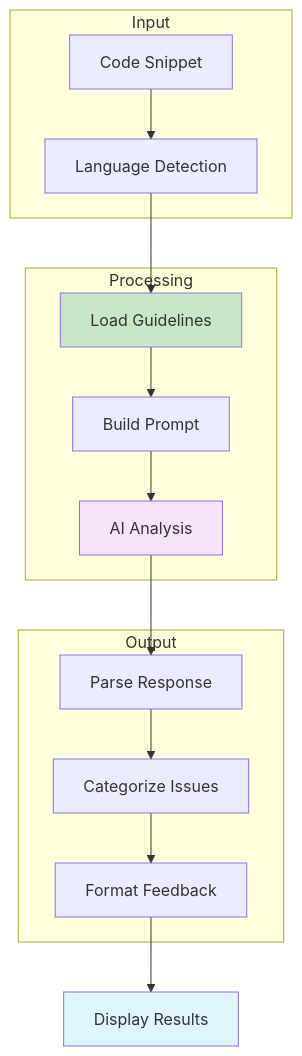
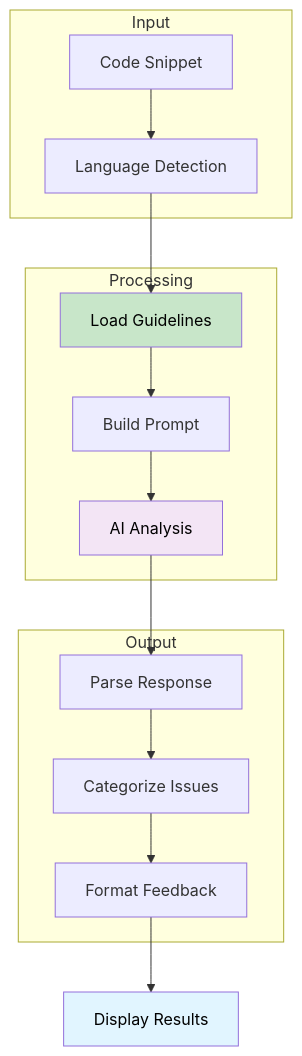
Before and after one commit to yash-ganatra/legacy-banking-dev-assistant: diagram 13 of 13 in README.md, drawn with Mermaid. The commit also changed other lines of this file, not shown here.

````diff
--- a/README.md
+++ b/README.md
@@ -622,24 +691,24 @@
 ```mermaid
 graph TB
     subgraph "Input"
         Code[Code Snippet] --> Lang[Language Detection]
     end
     
     subgraph "Processing"
         Lang --> Guide[Load Guidelines]
         Guide --> Prompt[Build Prompt]
         Prompt --> AI[AI Analysis]
     end
     
     subgraph "Output"
         AI --> Parse[Parse Response]
         Parse --> Cat[Categorize Issues]
         Cat --> Format[Format Feedback]
     end
     
     Format --> Display[Display Results]
     
-    style AI fill:#f3e5f5
-    style Guide fill:#c8e6c9
-    style Display fill:#e1f5ff
+    style AI fill:#f3e5f5,color:#000
+    style Guide fill:#c8e6c9,color:#000
+    style Display fill:#e1f5ff,color:#000
 ```
````
